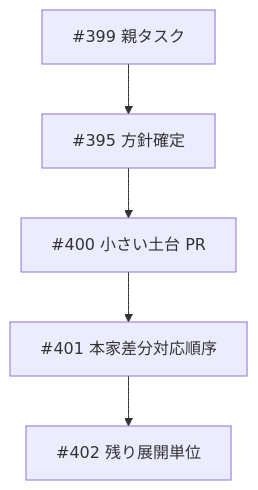
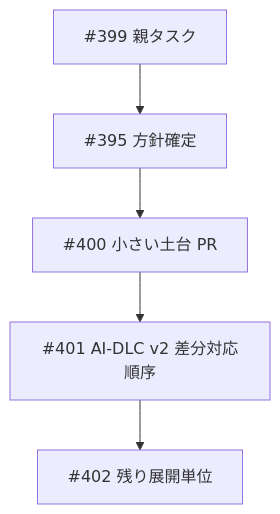
Before and after one commit to amadeus-dlc/amadeus: the first of 5 diagrams in aidlc/spaces/default/intents/260703-amadeus-skill-english-rollout-plan/inception/refined-mockups/mockups.md, drawn with Mermaid. The commit also changed 23 other files, not shown here.

````diff
--- a/aidlc/spaces/default/intents/260703-amadeus-skill-english-rollout-plan/inception/refined-mockups/mockups.md
+++ b/aidlc/spaces/default/intents/260703-amadeus-skill-english-rollout-plan/inception/refined-mockups/mockups.md
@@ -15,13 +15,13 @@
 ```mermaid
 flowchart TD
   issue399["#399 親タスク"]
   issue395["#395 方針確定"]
   issue400["#400 小さい土台 PR"]
-  issue401["#401 本家差分対応順序"]
+  issue401["#401 AI-DLC v2 差分対応順序"]
   issue402["#402 残り展開単位"]
 
   issue399 --> issue395
   issue395 --> issue400
   issue400 --> issue401
   issue401 --> issue402
 ```
````
